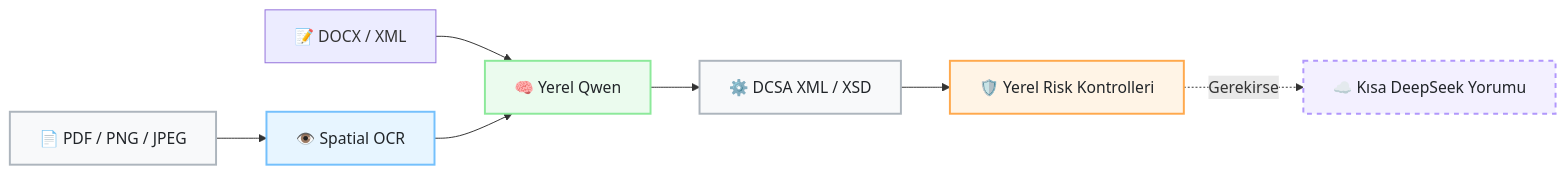
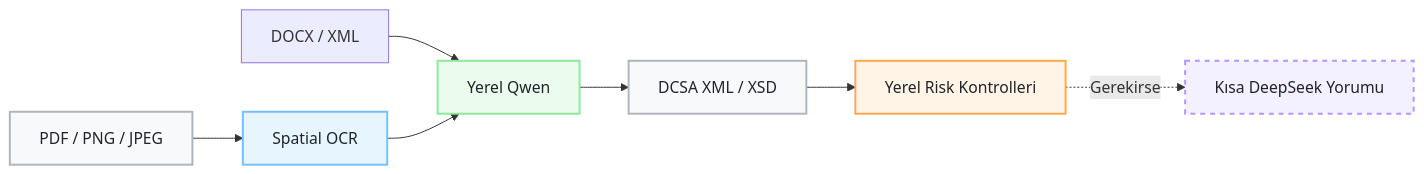
Before and after one commit to mecik-arda/CerberusVision: the diagram in README.md, drawn with Mermaid. The commit also changed other lines of this file and 28 other files, not shown here.

````diff
--- a/README.md
+++ b/README.md
@@ -20,16 +20,16 @@
 ```mermaid
 graph LR
-    A[📄 PDF / PNG / JPEG] --> B[👁️ Spatial OCR]
-    T[📝 DOCX / XML] --> C
-    B --> C[🧠 Yerel Qwen]
-    C --> D[⚙️ DCSA XML / XSD]
-    D --> E[🛡️ Yerel Risk Kontrolleri]
-    E -.->|Gerekirse| F[☁️ Kısa DeepSeek Yorumu]
+    A[PDF / PNG / JPEG] --> B[Spatial OCR]
+    T[DOCX / XML] --> C
+    B --> C[Yerel Qwen]
+    C --> D[DCSA XML / XSD]
+    D --> E[Yerel Risk Kontrolleri]
+    E -.->|Gerekirse| F[Kısa DeepSeek Yorumu]
 
     style A fill:#f8f9fa,stroke:#adb5bd,stroke-width:2px,color:#212529
     style B fill:#e7f5ff,stroke:#74c0fc,stroke-width:2px,color:#212529
     style C fill:#ebfbee,stroke:#8ce99a,stroke-width:2px,color:#212529
     style D fill:#f8f9fa,stroke:#adb5bd,stroke-width:2px,color:#212529
     style E fill:#fff4e6,stroke:#ffa94d,stroke-width:2px,color:#212529
     style F fill:#f3f0ff,stroke:#b197fc,stroke-width:2px,color:#212529,stroke-dasharray: 5 5
 ```
````
